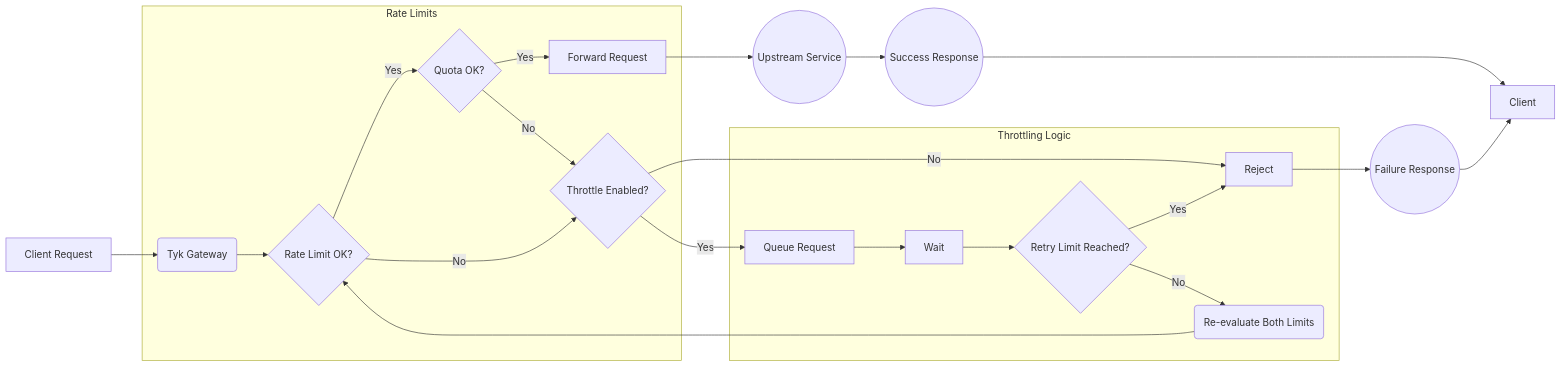
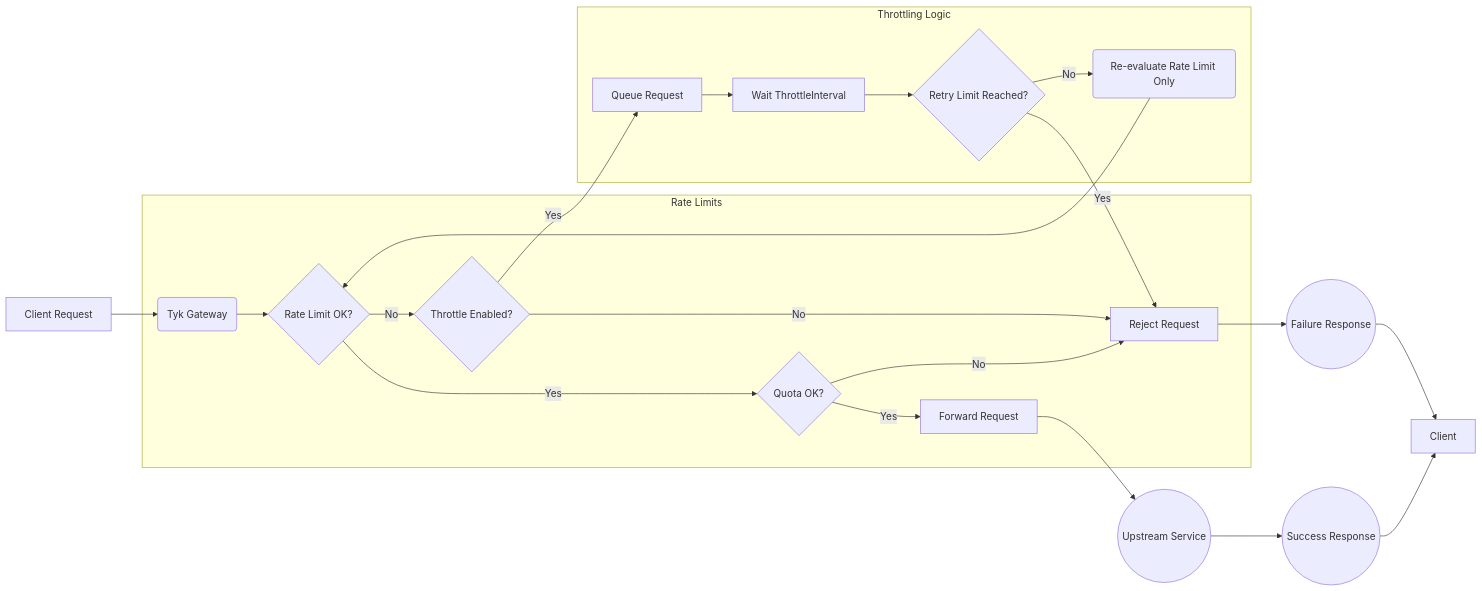
One commit to TykTechnologies/tyk-docs-hugo changed the diagram in tyk-docs/content/api-management/request-throttling.md. Above: the diagram before and after it, drawn with Mermaid. The commit also changed other lines of this file, not shown here.

````diff
--- a/tyk-docs/content/api-management/request-throttling.md
+++ b/tyk-docs/content/api-management/request-throttling.md
@@ -363,29 +361,29 @@
 ```mermaid
 flowchart LR
     A[Client Request] --> GW(Tyk Gateway);
 
     subgraph Rate Limits
         GW --> RL{Rate Limit OK?};
         RL -- Yes --> Q{Quota OK?};
         RL -- No --> T{Throttle Enabled?};
         Q -- Yes --> Fwd[Forward Request];
-        Q -- No --> T;
+        Q -- No --> Reject[Reject Request];
     end
 
     subgraph Throttling Logic
-        T -- No --> Reject[Reject];
+        T -- No --> Reject;
         T -- Yes --> Queue[Queue Request];
-        Queue --> Wait[Wait];
+        Queue --> Wait[Wait ThrottleInterval];
         Wait --> RetryL{Retry Limit Reached?};
         RetryL -- Yes --> Reject;
-        RetryL -- No --> Recheck(Re-evaluate Both Limits);
-        %% Loop back to the start of the checks for a full re-evaluation %%
+        RetryL -- No --> Recheck(Re-evaluate Rate Limit Only);
+        %% Loop back to rate limit check only %%
         Recheck --> RL;
     end
 
     Fwd --> Backend((Upstream Service));
     Backend --> Success((Success Response));
     Success --> Client;
     Reject --> Failure((Failure Response));
     Failure --> Client;
 ```
````
